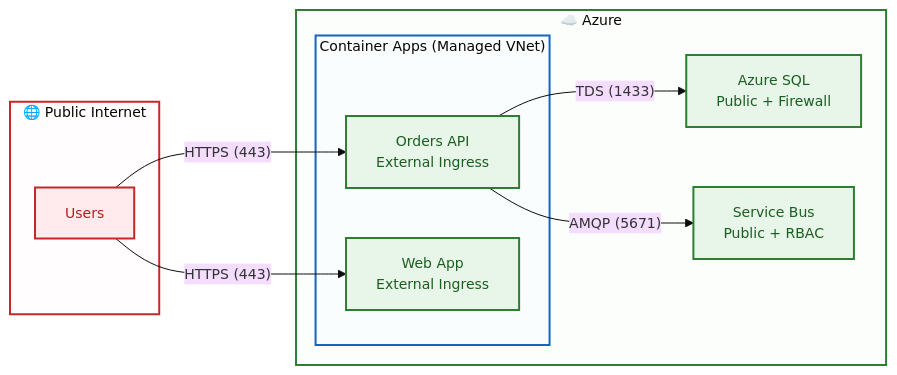
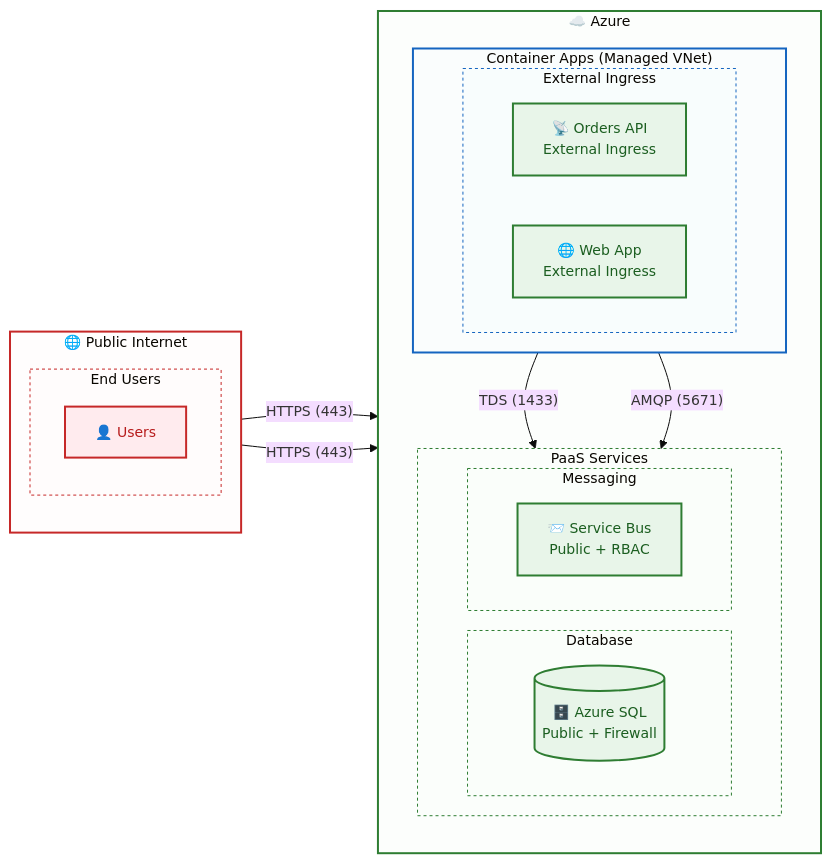
The third of 3 diagrams in docs/architecture/06-security-architecture.md (Evilazaro/Azure-LogicApps-Monitoring), drawn with Mermaid before and after one commit. The commit also changed other lines of this file, not shown here.

Commit message:
Refactor security architecture diagram with improved subgraph organization and styling for enhanced clarity and visual grouping

````diff
--- a/docs/architecture/06-security-architecture.md
+++ b/docs/architecture/06-security-architecture.md
@@ -240,34 +264,53 @@
 ```mermaid
 %%{init: {'theme': 'base', 'themeVariables': { 'fontSize': '14px'}}}%%
 flowchart LR
     subgraph Internet["🌐 Public Internet"]
-        Users["Users"]
+        direction TB
+        subgraph EndUsers["End Users"]
+            Users["👤 Users"]
+        end
     end
 
     subgraph Azure["☁️ Azure"]
+        direction TB
         subgraph CAE["Container Apps (Managed VNet)"]
-            API["Orders API<br/>External Ingress"]
-            Web["Web App<br/>External Ingress"]
+            direction LR
+            subgraph ExternalIngress["External Ingress"]
+                API["📡 Orders API<br/>External Ingress"]
+                Web["🌐 Web App<br/>External Ingress"]
+            end
         end
         
-        SQL["Azure SQL<br/>Public + Firewall"]
-        SB["Service Bus<br/>Public + RBAC"]
+        subgraph PaaSServices["PaaS Services"]
+            direction LR
+            subgraph DatabaseServices["Database"]
+                SQL[("🗄️ Azure SQL<br/>Public + Firewall")]
+            end
+            subgraph MessagingServices["Messaging"]
+                SB["📨 Service Bus<br/>Public + RBAC"]
+            end
+        end
     end
 
     Users -->|"HTTPS (443)"| API
     Users -->|"HTTPS (443)"| Web
     API -->|"TDS (1433)"| SQL
     API -->|"AMQP (5671)"| SB
 
     %% Accessible color palette for network zones
     classDef public fill:#ffebee,stroke:#c62828,stroke-width:2px,color:#b71c1c
     classDef protected fill:#e8f5e9,stroke:#2e7d32,stroke-width:2px,color:#1b5e20
 
     class Users public
     class API,Web,SQL,SB protected
 
     %% Subgraph container styling for visual layer grouping
     style Internet fill:#ffebee22,stroke:#c62828,stroke-width:2px
     style Azure fill:#e8f5e922,stroke:#2e7d32,stroke-width:2px
     style CAE fill:#e3f2fd22,stroke:#1565c0,stroke-width:2px
+    style EndUsers fill:#ffebee11,stroke:#c62828,stroke-width:1px,stroke-dasharray:3
+    style ExternalIngress fill:#e3f2fd11,stroke:#1565c0,stroke-width:1px,stroke-dasharray:3
+    style PaaSServices fill:#e8f5e911,stroke:#2e7d32,stroke-width:1px,stroke-dasharray:3
+    style DatabaseServices fill:#e8f5e911,stroke:#2e7d32,stroke-width:1px,stroke-dasharray:3
+    style MessagingServices fill:#e8f5e911,stroke:#2e7d32,stroke-width:1px,stroke-dasharray:3
 ```
````
